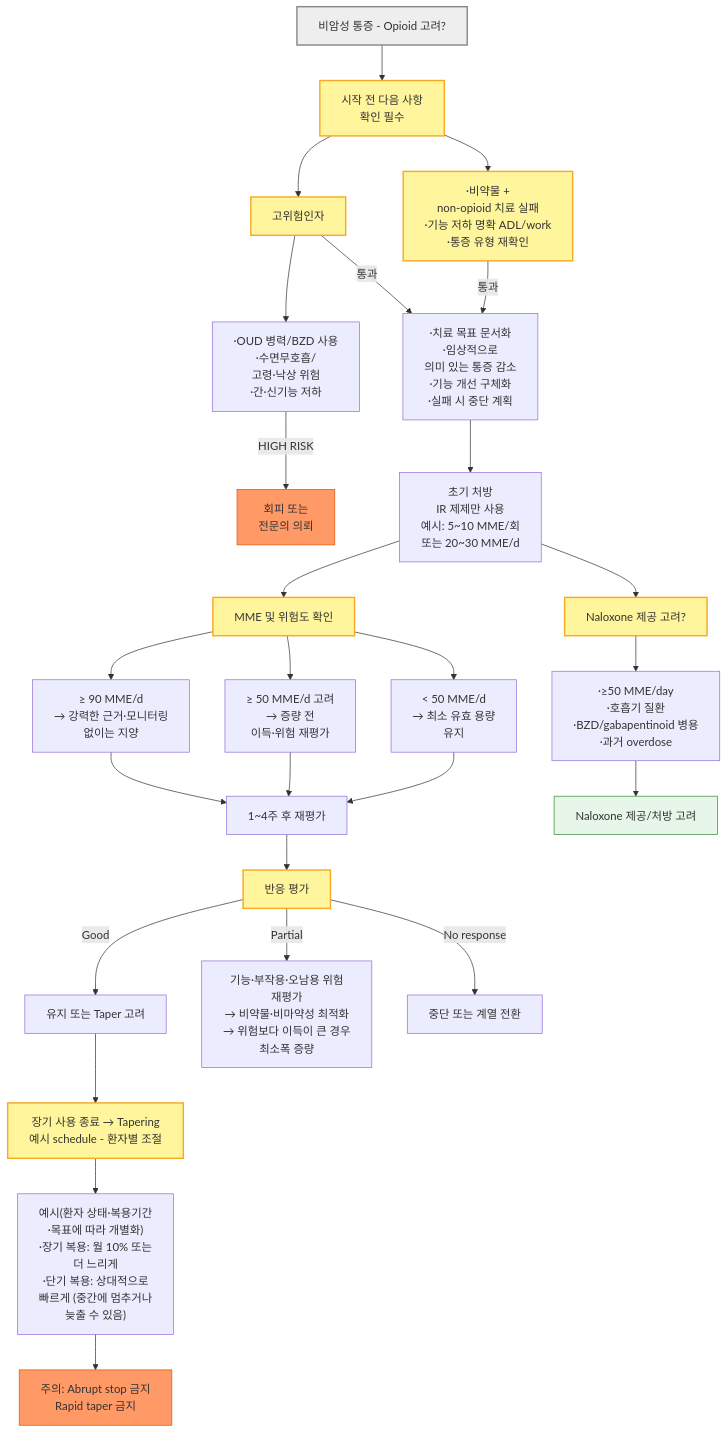
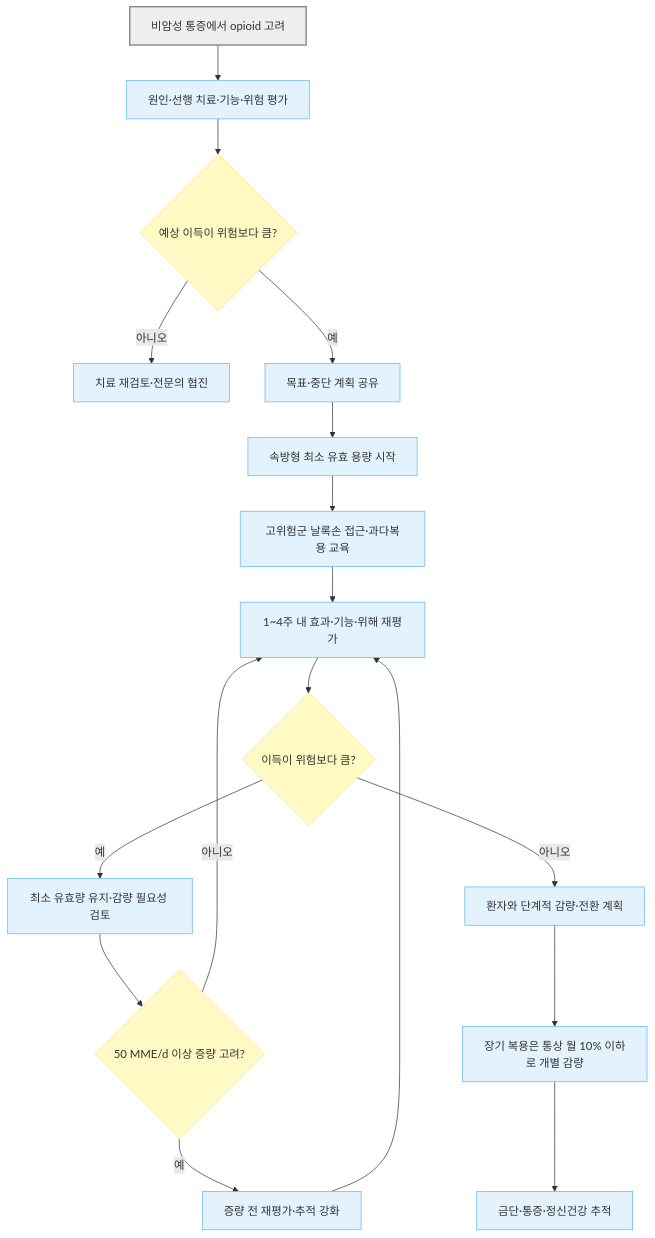
The second of 2 diagrams in 220_/001_-pain.md (familyoh77/familyoh77), drawn with Mermaid before and after one commit. The commit also changed other lines of this file and 13 other files, not shown here.

````diff
--- a/220_/001_-pain.md
+++ b/220_/001_-pain.md
@@ -429,31 +417,24 @@
 ```mermaid
 flowchart TD
-    A[비암성 통증 - Opioid 고려?] --> B[시작 전 다음 사항 <br/>확인 필수]
-    B --> B1[·비약물 + <br/>non-opioid 치료 실패<br/>·기능 저하 명확 ADL/work<br/>·통증 유형 재확인]
-    B --> B2[고위험인자]
-    B2 --> BH[·OUD 병력/BZD 사용<br/>·수면무호흡/<br/>고령·낙상 위험<br/>·간·신기능 저하]
-    BH -->|HIGH RISK| C[회피 또는 <br/>전문의 의뢰]
-    B1 & B2 -->|통과| D[·치료 목표 문서화<br/>·임상적으로 <br/>의미 있는 통증 감소<br/>·기능 개선 구체화<br/>·실패 시 중단 계획]
-    D --> E[초기 처방<br/>IR 제제만 사용<br/>예시: 5~10 MME/회<br/>또는 20~30 MME/d]
-    E --> F[MME 및 위험도 확인]
-    F --> F1["&lt; 50 MME/d <br/>→ 최소 유효 용량 <br/>유지"]
-    F --> F2["≥ 50 MME/d 고려 <br/>→ 증량 전 <br/>이득·위험 재평가"]
-    F --> F3["≥ 90 MME/d <br/>→ 강력한 근거·모니터링 <br/>없이는 지양"]
-    F1 & F2 & F3 --> G[1~4주 후 재평가]
-    G --> H[반응 평가]
-    H -->|Good| I[유지 또는 Taper 고려]
-    H -->|Partial| J["기능·부작용·오남용 위험 <br/>재평가<br/>→ 비약물·비마약성 최적화<br/>→ 위험보다 이득이 큰 경우 <br/>최소폭 증량"]
-    H -->|No response| K[중단 또는 계열 전환]
-    E --> L[Naloxone 제공 고려?]
-    L --> L1[·≥50 MME/day<br/>·호흡기 질환<br/>·BZD/gabapentinoid 병용<br/>·과거 overdose]
-    L1 --> M[Naloxone 제공/처방 고려]
-    I --> N[장기 사용 종료 → Tapering<br/>예시 schedule - 환자별 조절]
-    N --> N1["예시(환자 상태·복용기간<br/>·목표에 따라 개별화)<br/>·장기 복용: 월 10% 또는 <br/>더 느리게<br/>·단기 복용: 상대적으로 <br/>빠르게 (중간에 멈추거나 <br/>늦출 수 있음)"]
-    N1 --> O[주의: Abrupt stop 금지<br/> Rapid taper 금지]
-    style C fill:#f96,stroke:#e65100
-    style O fill:#f96,stroke:#e65100
-    style M fill:#e8f5e9,stroke:#388e3c
-classDef yellow fill:#fff59d,stroke:#f9a825,stroke-width:2px
-class B,B1,B2,F,H,L,N yellow
+    A["비암성 통증에서 opioid 고려"] --> B["원인·선행 치료·기능·위험 평가"]
+    B --> C{"예상 이득이 위험보다 큼?"}
+    C -- "아니오" --> D["치료 재검토·전문의 협진"]
+    C -- "예" --> E["목표·중단 계획 공유"]
+    E --> F["속방형 최소 유효 용량 시작"]
+    F --> G["고위험군 날록손 접근·과다복용 교육"]
+    G --> H["1~4주 내 효과·기능·위해 재평가"]
+    H --> I{"이득이 위험보다 큼?"}
+    I -- "예" --> J["최소 유효량 유지·감량 필요성 검토"]
+    I -- "아니오" --> K["환자와 단계적 감량·전환 계획"]
+    J --> L{"50 MME/d 이상 증량 고려?"}
+    L -- "예" --> M["증량 전 재평가·추적 강화"]
+    L -- "아니오" --> H
+    M --> H
+    K --> N["장기 복용은 통상 월 10% 이하로 개별 감량"]
+    N --> O["금단·통증·정신건강 추적"]
+    classDef question fill:#fff9c4,stroke:#ffe082
+    classDef treatment fill:#e3f2fd,stroke:#64b5f6
+    class C,I,L question
+    class B,D,E,F,G,H,J,K,M,N,O treatment
     style A fill:#eeeeee,stroke:#888888,stroke-width:2px
 ```
````
